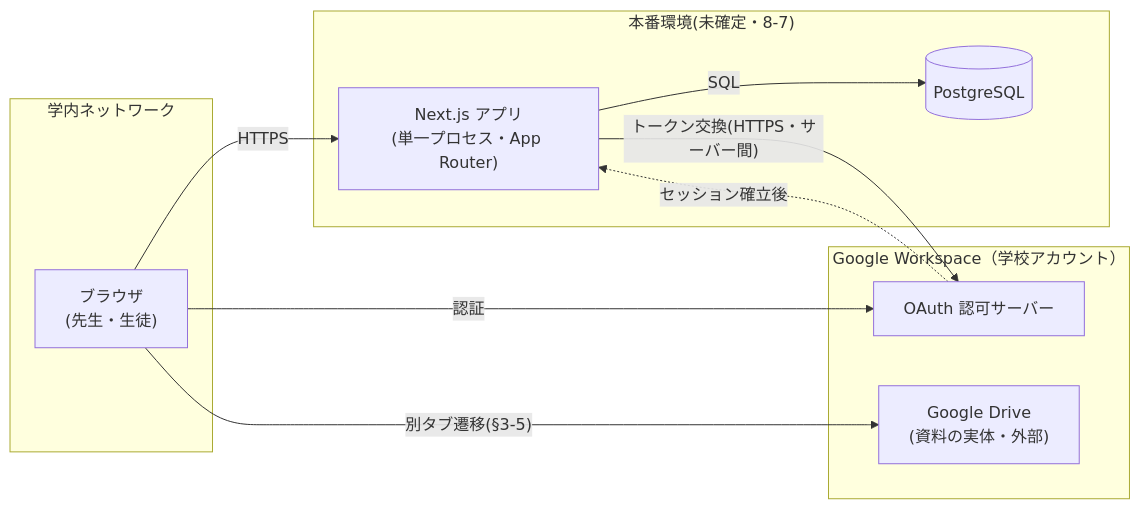
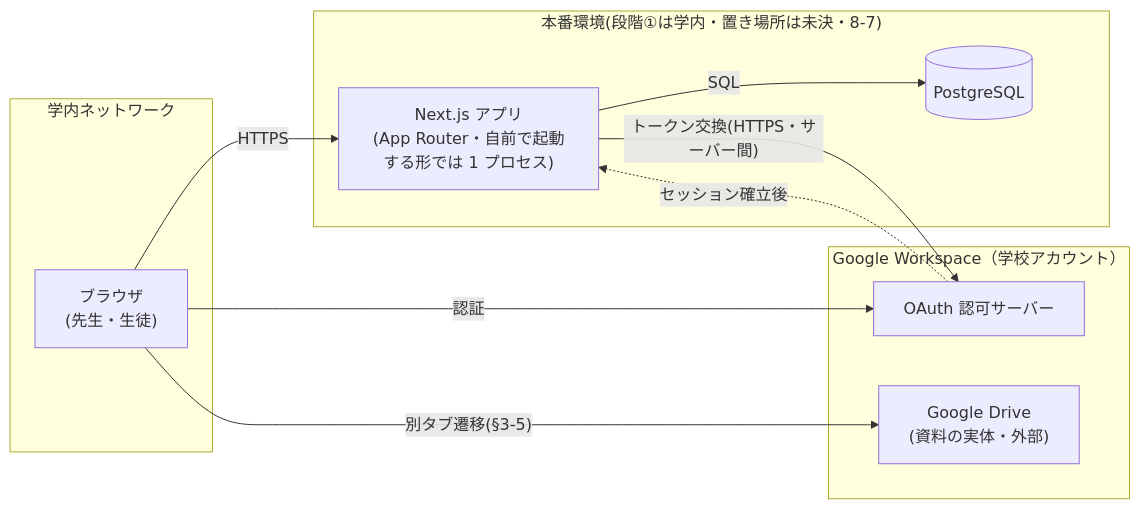
Before and after one commit to 250158hj-maker/yse_compass: the first of 2 diagrams in docs/design/08-architecture.md, drawn with Mermaid. The commit also changed other lines of this file, not shown here.

````diff
--- a/docs/design/08-architecture.md
+++ b/docs/design/08-architecture.md
@@ -58,23 +58,23 @@
 ```mermaid
 flowchart LR
     subgraph 学内ネットワーク
         Browser["ブラウザ<br/>(先生・生徒)"]
     end
 
-    subgraph "本番環境(未確定・8-7)"
-        App["Next.js アプリ<br/>(単一プロセス・App Router)"]
+    subgraph "本番環境(段階①は学内・置き場所は未決・8-7)"
+        App["Next.js アプリ<br/>(App Router・自前で起動する形では 1 プロセス)"]
         DB[("PostgreSQL")]
     end
 
     subgraph Google["Google Workspace（学校アカウント）"]
         OAuth["OAuth 認可サーバー"]
         Drive["Google Drive<br/>(資料の実体・外部)"]
     end
 
     Browser -- "HTTPS" --> App
     App -- "SQL" --> DB
     Browser -- "認証" --> OAuth
     App -- "トークン交換(HTTPS・サーバー間)" --> OAuth
     OAuth -. "セッション確立後" .-> App
     Browser -- "別タブ遷移(§3-5)" --> Drive
 ```
````
